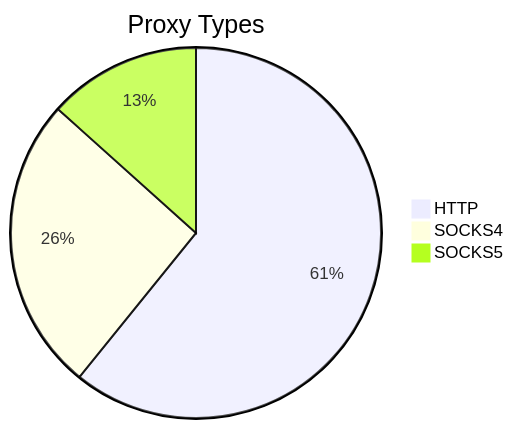
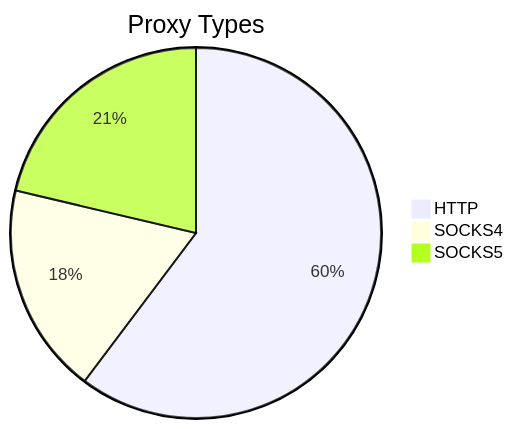
One commit to stormsia/proxy-list changed the first of 2 diagrams in README.md. Above: the diagram before and after it, drawn with Mermaid. The commit also changed other lines of this file, not shown here.

````diff
--- a/README.md
+++ b/README.md
@@ -21,6 +21,6 @@
 ```mermaid
 pie title Proxy Types
-    "HTTP" : 337
-    "SOCKS4" : 143
-    "SOCKS5" : 74
+    "HTTP" : 229
+    "SOCKS4" : 70
+    "SOCKS5" : 81
 ```
````
